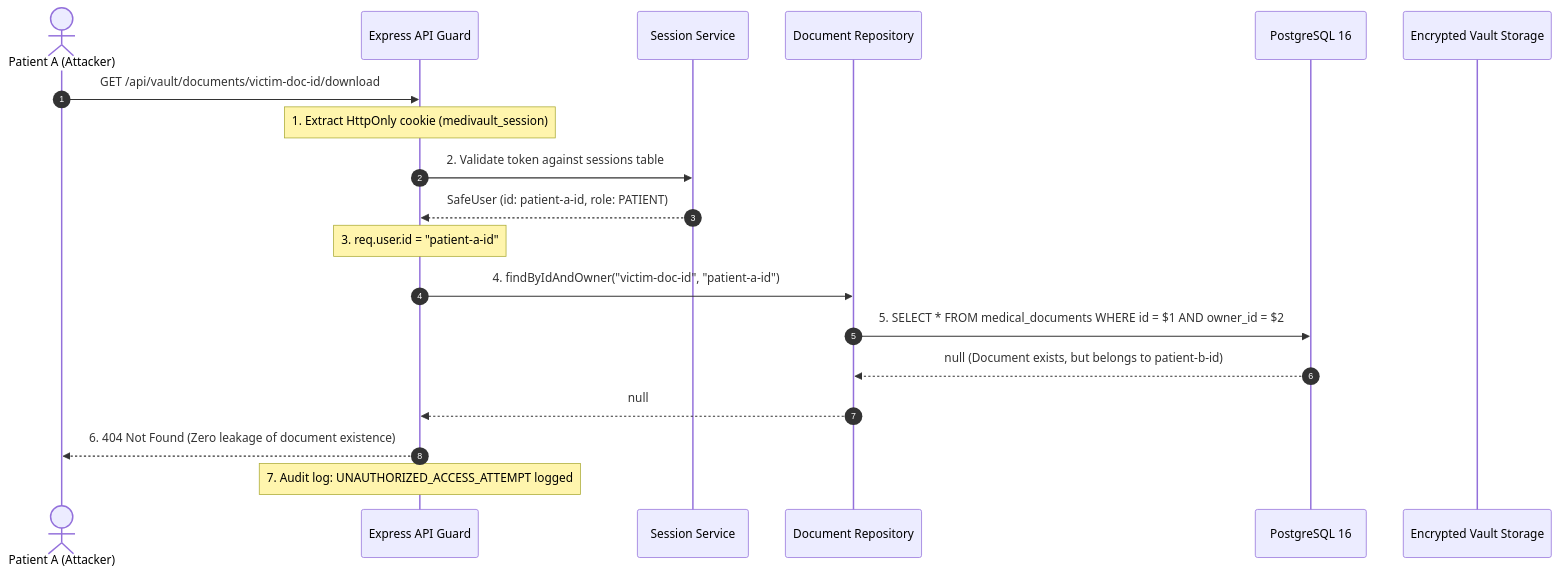
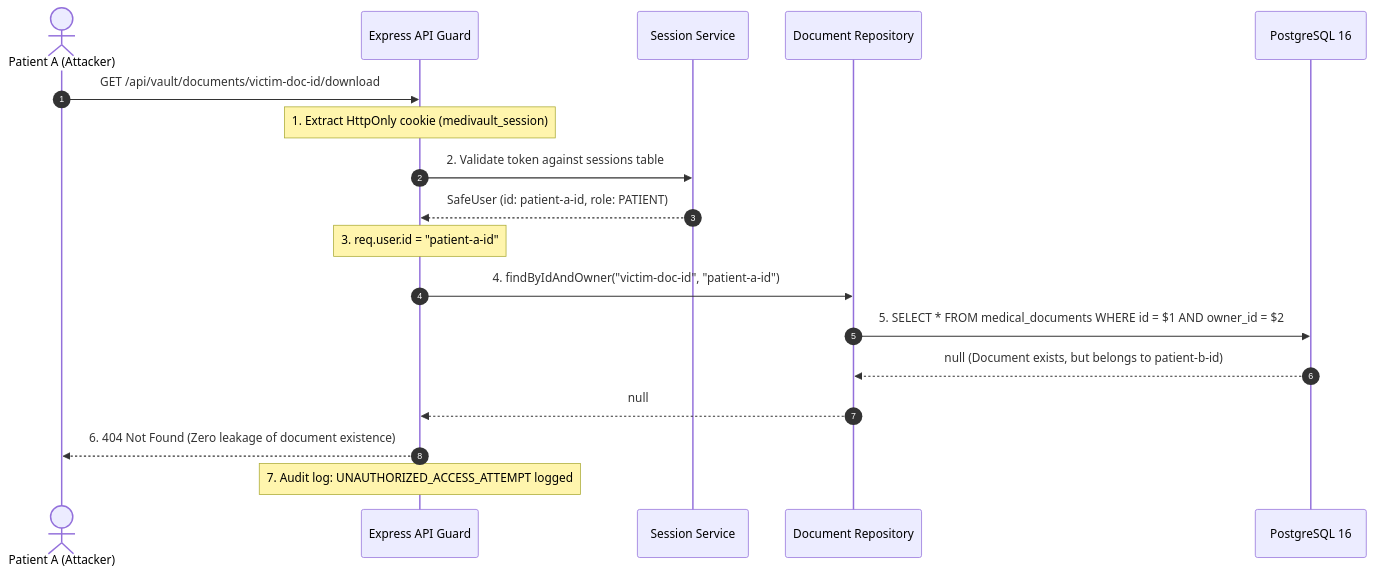
Before and after one commit to Nawarajkarki30/MediVaultAI: the diagram in docs/DOCUMENT_ACCESS_CONTROL.md, drawn with Mermaid. The commit also changed other lines of this file and 7 other files, not shown here.

````diff
--- a/docs/DOCUMENT_ACCESS_CONTROL.md
+++ b/docs/DOCUMENT_ACCESS_CONTROL.md
@@ -22,24 +22,23 @@
 ```mermaid
 sequenceDiagram
     autonumber
     actor Attacker as Patient A (Attacker)
     participant API as Express API Guard
     participant Auth as Session Service
     participant Repo as Document Repository
     participant DB as PostgreSQL 16
-    participant Vault as Encrypted Vault Storage
 
     Attacker->>API: GET /api/vault/documents/victim-doc-id/download
     Note over API: 1. Extract HttpOnly cookie (medivault_session)
     API->>Auth: 2. Validate token against sessions table
     Auth-->>API: SafeUser (id: patient-a-id, role: PATIENT)
     Note over API: 3. req.user.id = "patient-a-id"
     
     API->>Repo: 4. findByIdAndOwner("victim-doc-id", "patient-a-id")
     Repo->>DB: 5. SELECT * FROM medical_documents WHERE id = $1 AND owner_id = $2
     DB-->>Repo: null (Document exists, but belongs to patient-b-id)
     Repo-->>API: null
     
     API-->>Attacker: 6. 404 Not Found (Zero leakage of document existence)
     Note over API: 7. Audit log: UNAUTHORIZED_ACCESS_ATTEMPT logged
 ```
````
